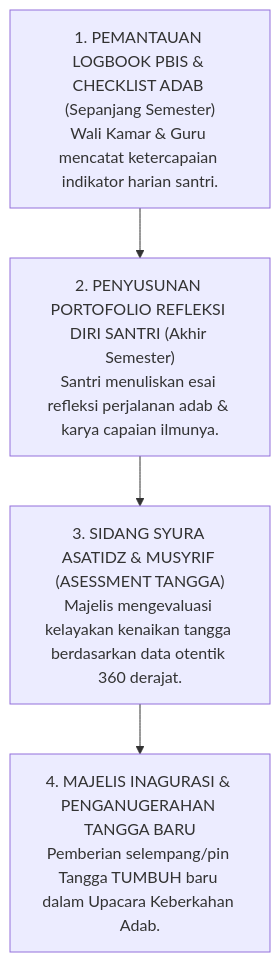
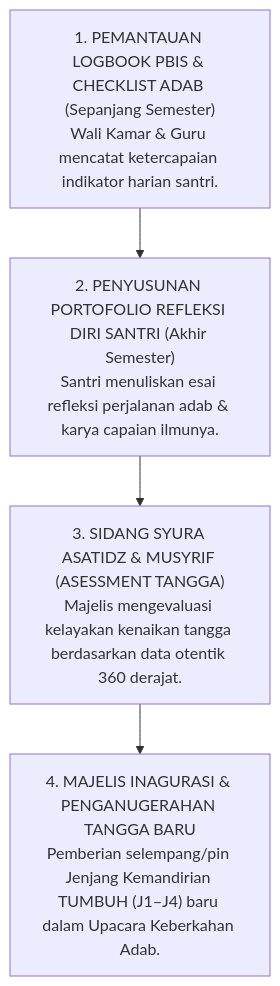
Before and after one commit to wandiapriliyandi/tumbuh: the fifth of 7 diagrams in 02 Principles/04 Development Principles/P2-04-03-Prinsip-Progresi-Tangga-TUMBUH-T1-T4.md, drawn with Mermaid. The commit also changed other lines of this file and 209 other files, not shown here.

````diff
--- a/02 Principles/04 Development Principles/P2-04-03-Prinsip-Progresi-Tangga-TUMBUH-T1-T4.md
+++ b/02 Principles/04 Development Principles/P2-04-03-Prinsip-Progresi-Tangga-TUMBUH-T1-T4.md
@@ -142,12 +142,12 @@
 ```mermaid
 flowchart TD
     Transisi1["1. PEMANTAUAN LOGBOOK PBIS & CHECKLIST ADAB (Sepanjang Semester)<br/>Wali Kamar & Guru mencatat ketercapaian indikator harian santri."]
     
     Transisi2["2. PENYUSUNAN PORTOFOLIO REFLEKSI DIRI SANTRI (Akhir Semester)<br/>Santri menuliskan esai refleksi perjalanan adab & karya capaian ilmunya."]
     
     Transisi3["3. SIDANG SYURA ASATIDZ & MUSYRIF (ASESSMENT TANGGA)<br/>Majelis mengevaluasi kelayakan kenaikan tangga berdasarkan data otentik 360 derajat."]
     
-    Transisi4["4. MAJELIS INAGURASI & PENGANUGERAHAN TANGGA BARU<br/>Pemberian selempang/pin Tangga TUMBUH baru dalam Upacara Keberkahan Adab."]
+    Transisi4["4. MAJELIS INAGURASI & PENGANUGERAHAN TANGGA BARU<br/>Pemberian selempang/pin Jenjang Kemandirian TUMBUH (J1–J4) baru dalam Upacara Keberkahan Adab."]
     
     Transisi1 --> Transisi2 --> Transisi3 --> Transisi4
 ```
````
